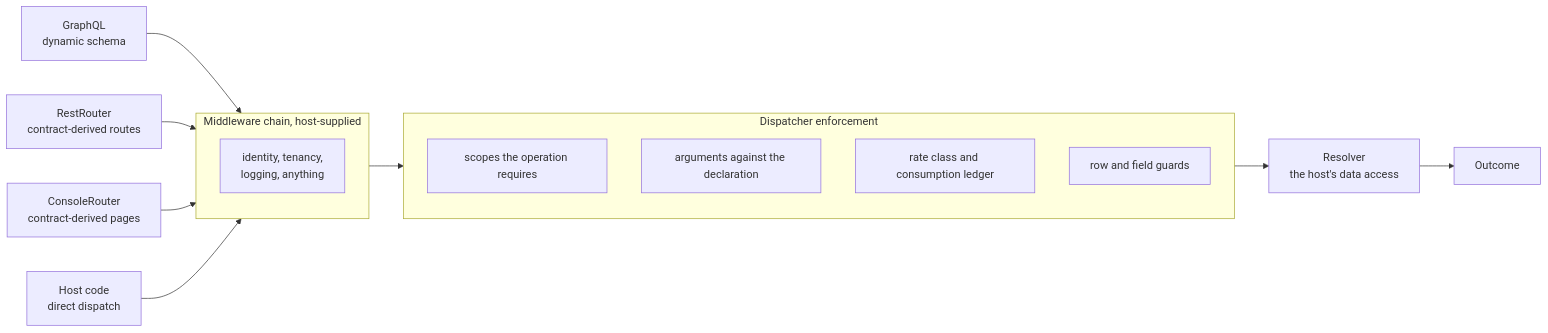
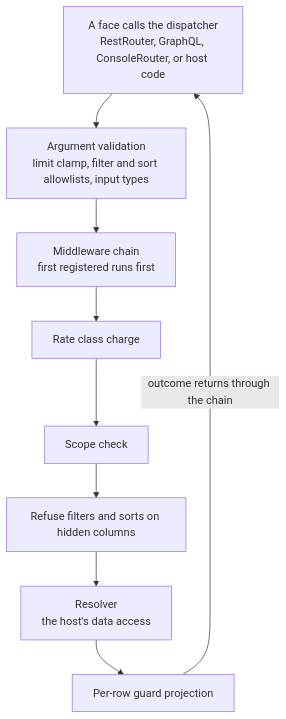
Before and after one commit to Oneiriq/kayak: the diagram in docs/runtime.md, drawn with Mermaid. The commit also changed other lines of this file and 17 other files, not shown here.

````diff
--- a/docs/runtime.md
+++ b/docs/runtime.md
@@ -24,28 +84,13 @@
 ```mermaid
-flowchart LR
-    gql["GraphQL<br/>dynamic schema"]
-    rest["RestRouter<br/>contract-derived routes"]
-    console["ConsoleRouter<br/>contract-derived pages"]
-    host["Host code<br/>direct dispatch"]
-
-    gql --> chain
-    rest --> chain
-    console --> chain
-    host --> chain
-
-    subgraph chain ["Middleware chain, host-supplied"]
-        mw["identity, tenancy,<br/>logging, anything"]
-    end
-
-    chain --> enforce
-
-    subgraph enforce [Dispatcher enforcement]
-        scopes["scopes the operation requires"]
-        args["arguments against the declaration"]
-        rate["rate class and consumption ledger"]
-        guards["row and field guards"]
-    end
-
-    enforce --> resolver["Resolver<br/>the host's data access"]
-    resolver --> answer[Outcome]
+flowchart TD
+    face["A face calls the dispatcher<br/>RestRouter, GraphQL, ConsoleRouter, or host code"]
+    args["Argument validation<br/>limit clamp, filter and sort allowlists, input types"]
+    chain["Middleware chain<br/>first registered runs first"]
+    rate["Rate class charge"]
+    scopes["Scope check"]
+    narrow["Refuse filters and sorts on hidden columns"]
+    resolver["Resolver<br/>the host's data access"]
+    project["Per-row guard projection"]
+    face --> args --> chain --> rate --> scopes --> narrow --> resolver --> project
+    project -->|"outcome returns through the chain"| face
 ```
````
